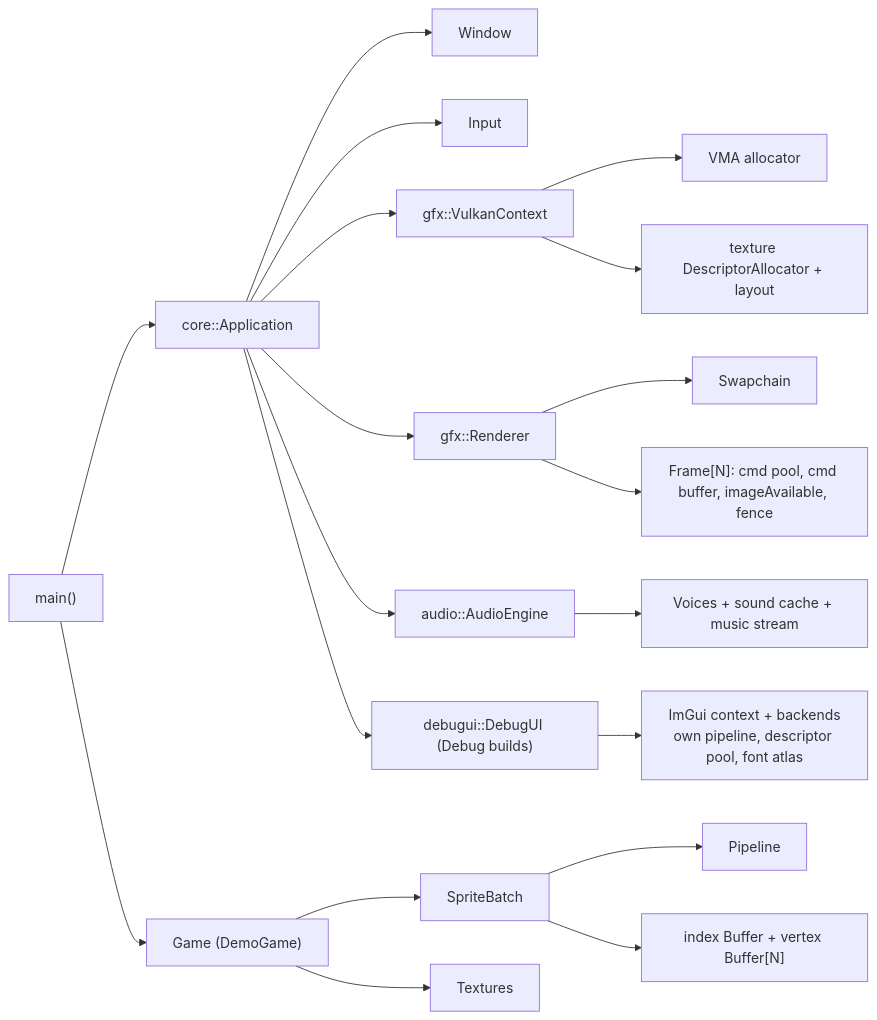
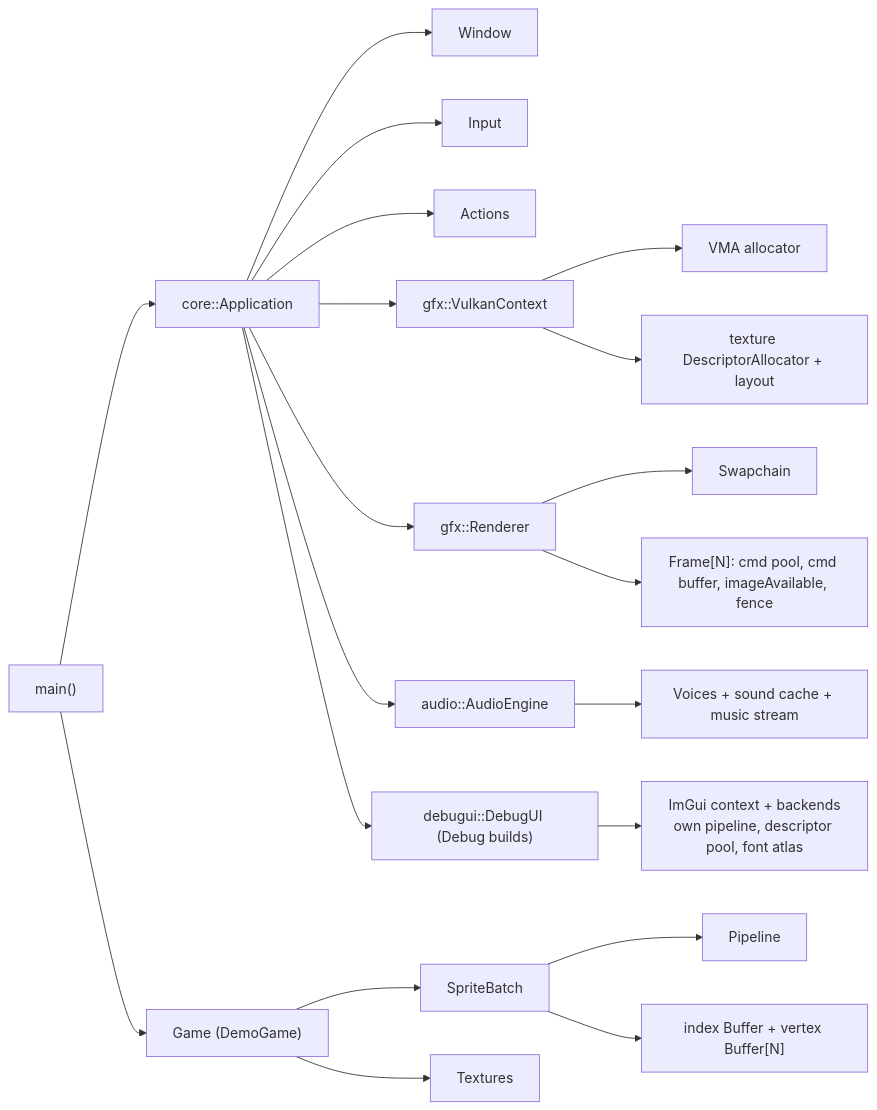
Before and after one commit to Chuck5ta/2DBaseFramework: the fourth of 9 diagrams in docs/ARCHITECTURE.md, drawn with Mermaid. The commit also changed other lines of this file and 10 other files, not shown here.

````diff
--- a/docs/ARCHITECTURE.md
+++ b/docs/ARCHITECTURE.md
@@ -387,21 +410,22 @@
 ```mermaid
 flowchart LR
     main["main()"] --> app["core::Application"]
     main --> g["Game (DemoGame)"]
     app --> win["Window"]
     app --> inp["Input"]
+    app --> act["Actions"]
     app --> ctx["gfx::VulkanContext"]
     app --> ren["gfx::Renderer"]
     app --> aud["audio::AudioEngine"]
     app --> dbg["debugui::DebugUI (Debug builds)"]
     dbg --> imgui["ImGui context + backends<br/>own pipeline, descriptor pool, font atlas"]
     aud --> voices["Voices + sound cache + music stream"]
     ren --> sc["Swapchain"]
     ren --> fr["Frame[N]: cmd pool, cmd buffer, imageAvailable, fence"]
     ctx --> vma["VMA allocator"]
     ctx --> tds["texture DescriptorAllocator + layout"]
     g --> sb["SpriteBatch"]
     g --> tex["Textures"]
     sb --> pipe["Pipeline"]
     sb --> bufs["index Buffer + vertex Buffer[N]"]
 ```
````
